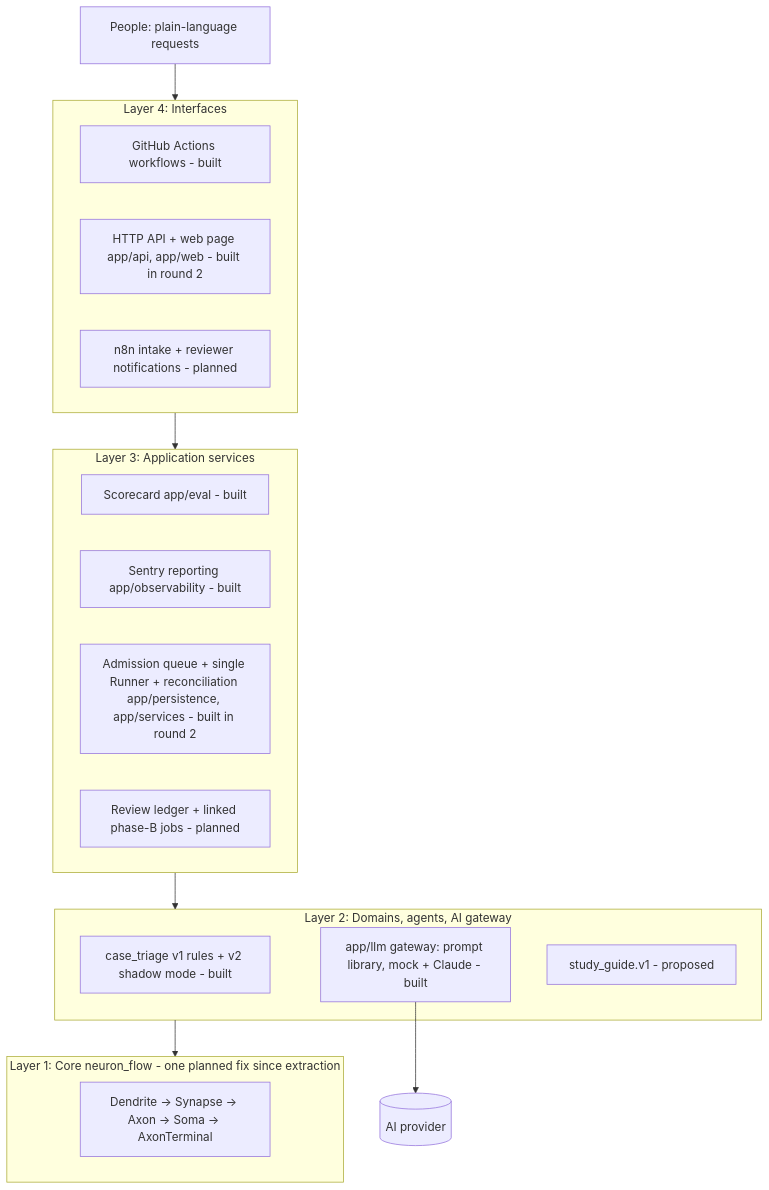
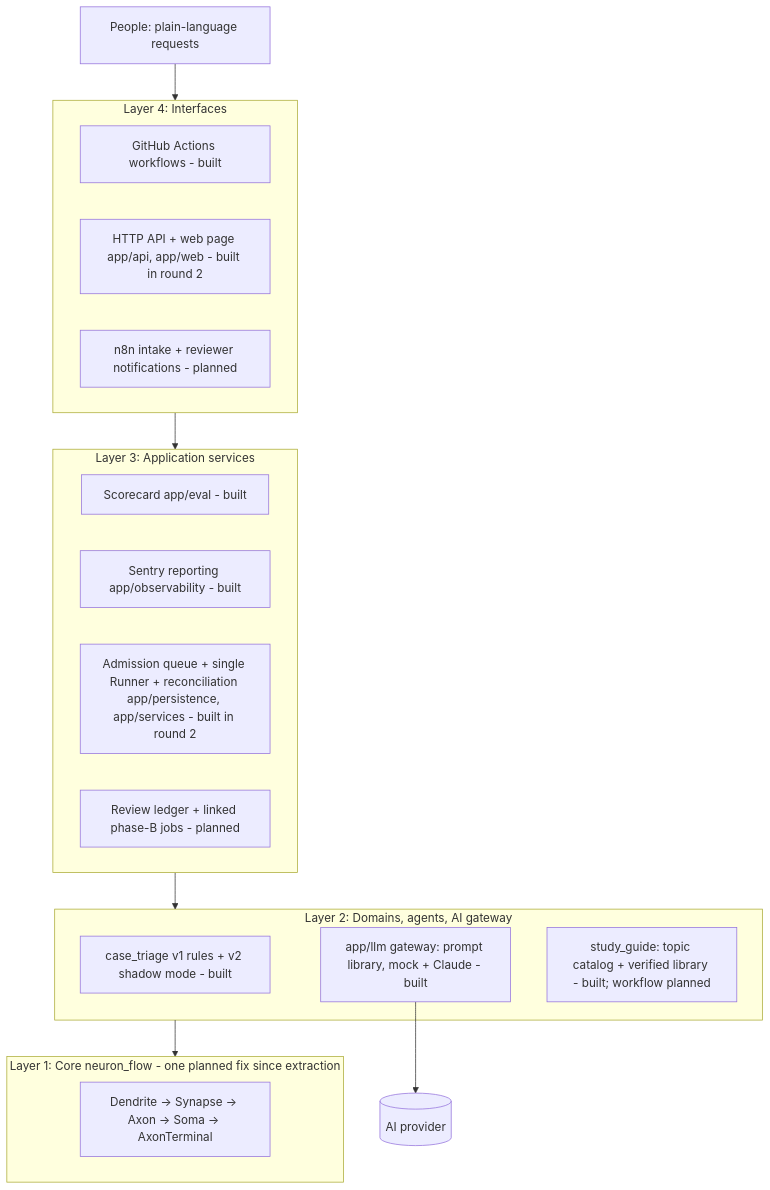
Before and after one commit to narongdetpyou-ux/System_Neuron_flow_AI: the diagram in docs/architecture.md, drawn with Mermaid. The commit also changed other lines of this file and 18 other files, not shown here.

First line of the commit message:
Study guide 3.1: topic catalog, verified resource library and weekly link check

````diff
--- a/docs/architecture.md
+++ b/docs/architecture.md
@@ -24,25 +25,25 @@
 ```mermaid
 flowchart TD
     U[People: plain-language requests] --> L4
     subgraph L4[Layer 4: Interfaces]
       GH[GitHub Actions workflows - built]
       API[HTTP API + web page app/api, app/web - built in round 2]
       N8N[n8n intake + reviewer notifications - planned]
     end
     subgraph L3[Layer 3: Application services]
       EV[Scorecard app/eval - built]
       OBS[Sentry reporting app/observability - built]
       Q[Admission queue + single Runner + reconciliation app/persistence, app/services - built in round 2]
       REV[Review ledger + linked phase-B jobs - planned]
     end
     subgraph L2[Layer 2: Domains, agents, AI gateway]
       TRI[case_triage v1 rules + v2 shadow mode - built]
       LLM[app/llm gateway: prompt library, mock + Claude - built]
-      SG[study_guide.v1 - proposed]
+      SG[study_guide: topic catalog + verified library - built; workflow planned]
     end
     subgraph L1[Layer 1: Core neuron_flow - one planned fix since extraction]
       CORE[Dendrite -> Synapse -> Axon -> Soma -> AxonTerminal]
     end
     L4 --> L3 --> L2 --> L1
     LLM --> P[(AI provider)]
 ```
````
